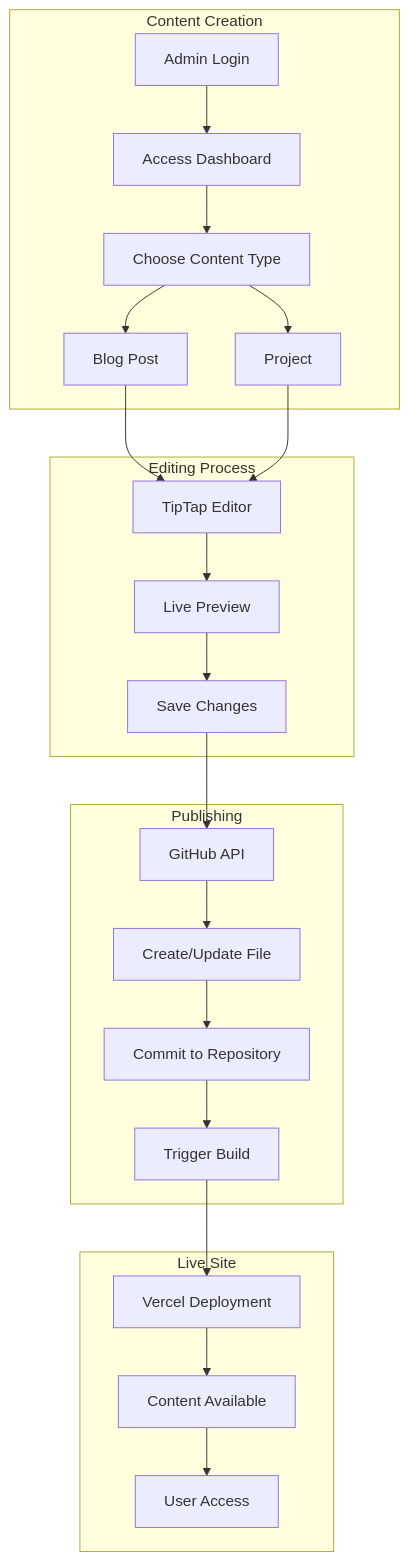
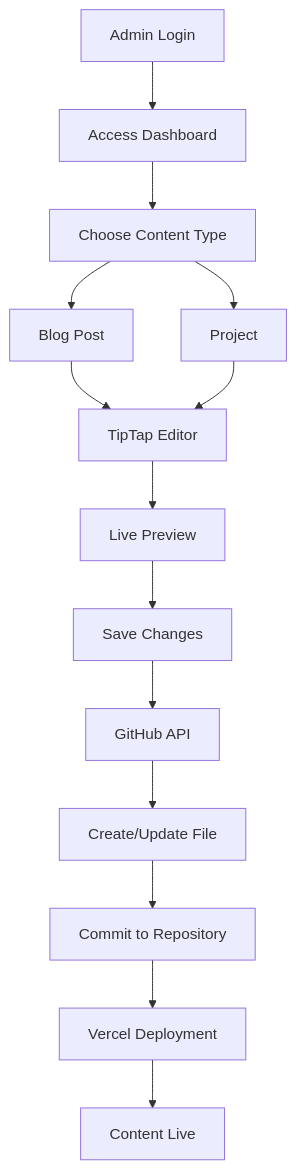
Before and after one commit to rajofearth/yashrajmaher: the fourth of 4 diagrams in README.md, drawn with Mermaid. The commit also changed other lines of this file, not shown here.

Commit message:
Remove detailed mermaid diagrams from README for simplicity

````diff
--- a/README.md
+++ b/README.md
@@ -487,29 +374,16 @@
 ```mermaid
 flowchart TD
-    subgraph "Content Creation"
-        A[Admin Login] --> B[Access Dashboard]
-        B --> C[Choose Content Type]
-        C --> D[Blog Post]
-        C --> E[Project]
-    end
-    
-    subgraph "Editing Process"
-        D --> F[TipTap Editor]
-        E --> F
-        F --> G[Live Preview]
-        G --> H[Save Changes]
-    end
-    
-    subgraph "Publishing"
-        H --> I[GitHub API]
-        I --> J[Create/Update File]
-        J --> K[Commit to Repository]
-        K --> L[Trigger Build]
-    end
-    
-    subgraph "Live Site"
-        L --> M[Vercel Deployment]
-        M --> N[Content Available]
-        N --> O[User Access]
-    end
+    A[Admin Login] --> B[Access Dashboard]
+    B --> C[Choose Content Type]
+    C --> D[Blog Post]
+    C --> E[Project]
+    D --> F[TipTap Editor]
+    E --> F
+    F --> G[Live Preview]
+    G --> H[Save Changes]
+    H --> I[GitHub API]
+    I --> J[Create/Update File]
+    J --> K[Commit to Repository]
+    K --> L[Vercel Deployment]
+    L --> M[Content Live]
 ```
````
